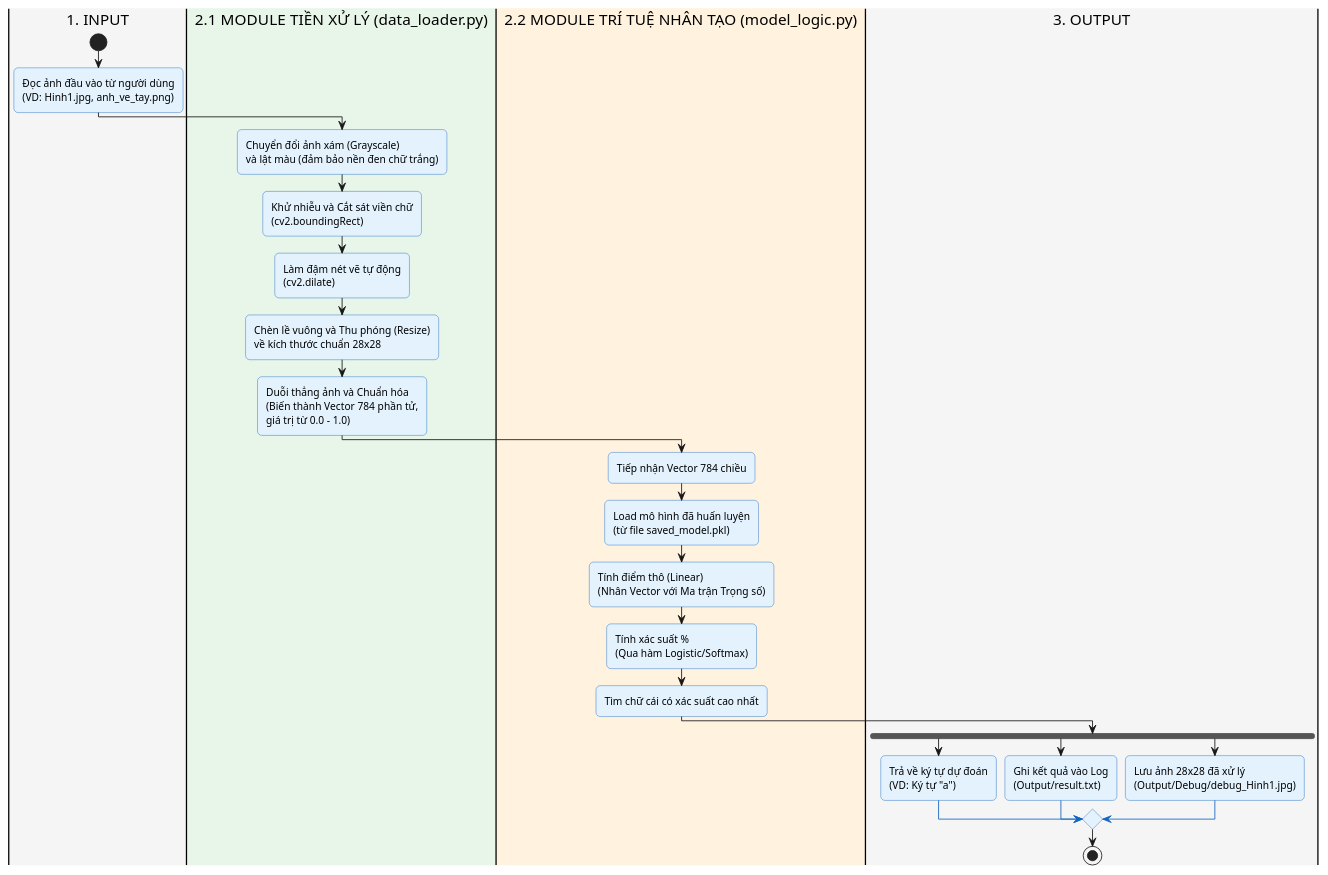
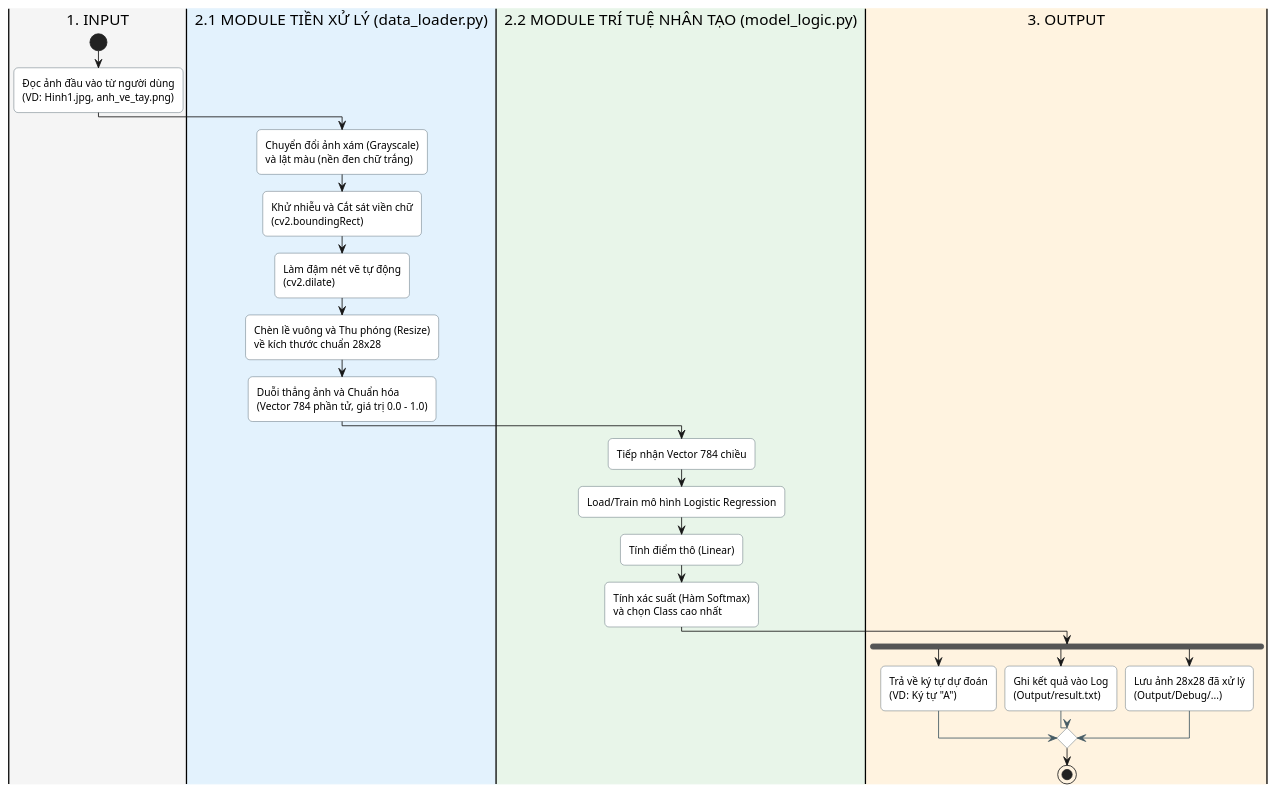
The diagram in Diagram/Flowchart.pu (DucAnh1302/Alphabet-Recognition), drawn with PlantUML before and after one commit. The commit also changed 7 other files, not shown here.

Commit message:
update diagram for project and add 4 MainTest support to presentation

```diff
--- a/Diagram/Flowchart.pu
+++ b/Diagram/Flowchart.pu
@@ -1,53 +1,51 @@
 @startuml sequence Diagram
 ' --- CẤU HÌNH GIAO DIỆN ---
 skinparam DefaultFontName Arial
 skinparam roundcorner 10
 skinparam conditionStyle insideDiamond
 
 skinparam Activity {
-  BackgroundColor #E3F2FD
-  BorderColor #1565C0
+  BackgroundColor #FFFFFF
+  BorderColor #455A64
   FontColor black
 }
 skinparam Partition {
   BorderColor #455A64
-  BackgroundColor #FAFAFA
   FontColor #263238
   FontStyle bold
 }
 
-' --- ĐỊNH NGHĨA CÁC LÀN (SWIMLANES) ---
+' --- ĐỊNH NGHĨA CÁC LÀN (SWIMLANES) KÈM MÀU NỀN TƯƠI SÁNG ---
 |#F5F5F5| 1. INPUT |
-|#E8F5E9| 2.1 MODULE TIỀN XỬ LÝ (data_loader.py) |
-|#FFF3E0| 2.2 MODULE TRÍ TUỆ NHÂN TẠO (model_logic.py) |
-|#F5F5F5| 3. OUTPUT |
+|#E3F2FD| 2.1 MODULE TIỀN XỬ LÝ (data_loader.py) |
+|#E8F5E9| 2.2 MODULE TRÍ TUỆ NHÂN TẠO (model_logic.py) |
+|#FFF3E0| 3. OUTPUT |
 
 ' --- LUỒNG DỮ LIỆU ---
 | 1. INPUT |
 start
 :Đọc ảnh đầu vào từ người dùng\n(VD: Hinh1.jpg, anh_ve_tay.png);
 
 | 2.1 MODULE TIỀN XỬ LÝ (data_loader.py) |
-:Chuyển đổi ảnh xám (Grayscale)\nvà lật màu (đảm bảo nền đen chữ trắng);
+:Chuyển đổi ảnh xám (Grayscale)\nvà lật màu (nền đen chữ trắng);
 :Khử nhiễu và Cắt sát viền chữ\n(cv2.boundingRect);
 :Làm đậm nét vẽ tự động\n(cv2.dilate);
 :Chèn lề vuông và Thu phóng (Resize)\nvề kích thước chuẩn 28x28;
-:Duỗi thẳng ảnh và Chuẩn hóa\n(Biến thành Vector 784 phần tử,\ngiá trị từ 0.0 - 1.0);
+:Duỗi thẳng ảnh và Chuẩn hóa\n(Vector 784 phần tử, giá trị 0.0 - 1.0);
 
 | 2.2 MODULE TRÍ TUỆ NHÂN TẠO (model_logic.py) |
 :Tiếp nhận Vector 784 chiều;
-:Load mô hình đã huấn luyện\n(từ file saved_model.pkl);
-:Tính điểm thô (Linear)\n(Nhân Vector với Ma trận Trọng số);
-:Tính xác suất %\n(Qua hàm Logistic/Softmax);
-:Tìm chữ cái có xác suất cao nhất;
+:Load/Train mô hình Logistic Regression;
+:Tính điểm thô (Linear);
+:Tính xác suất (Hàm Softmax)\nvà chọn Class cao nhất;
 
 | 3. OUTPUT |
 fork
-  :Trả về ký tự dự đoán\n(VD: Ký tự "a");
+  :Trả về ký tự dự đoán\n(VD: Ký tự "A");
 fork again
   :Ghi kết quả vào Log\n(Output/result.txt);
 fork again
-  :Lưu ảnh 28x28 đã xử lý\n(Output/Debug/debug_Hinh1.jpg);
+  :Lưu ảnh 28x28 đã xử lý\n(Output/Debug/...);
 end merge
 stop
 @enduml
```
